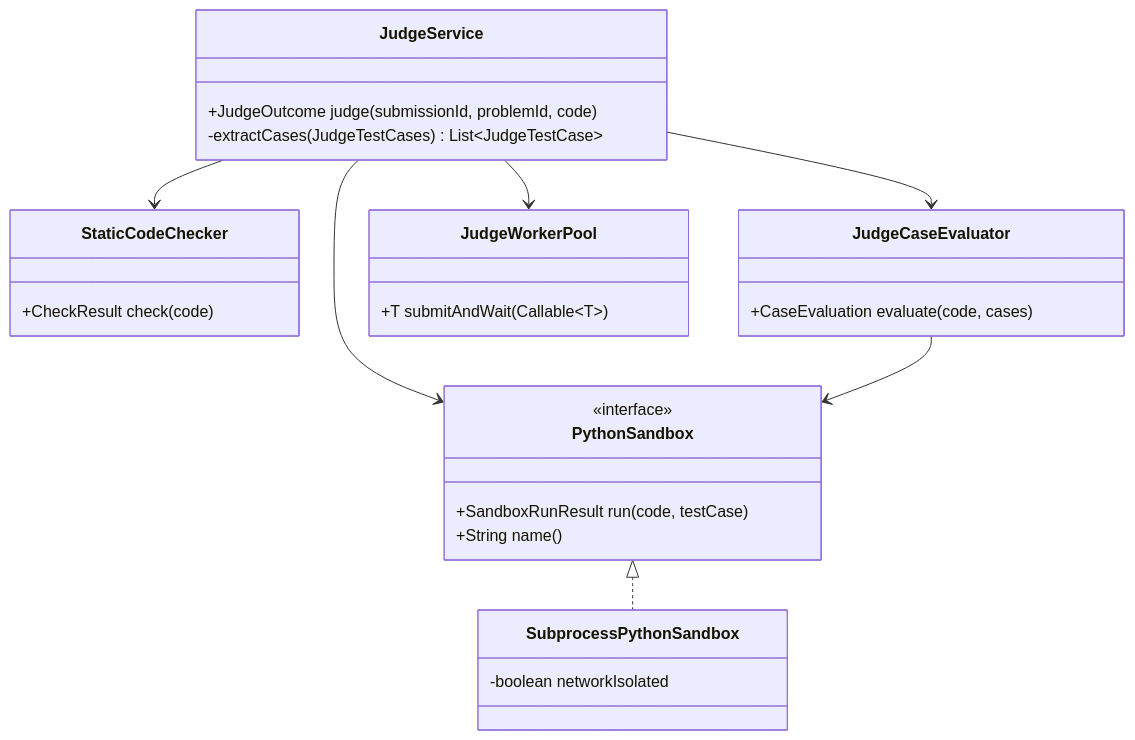
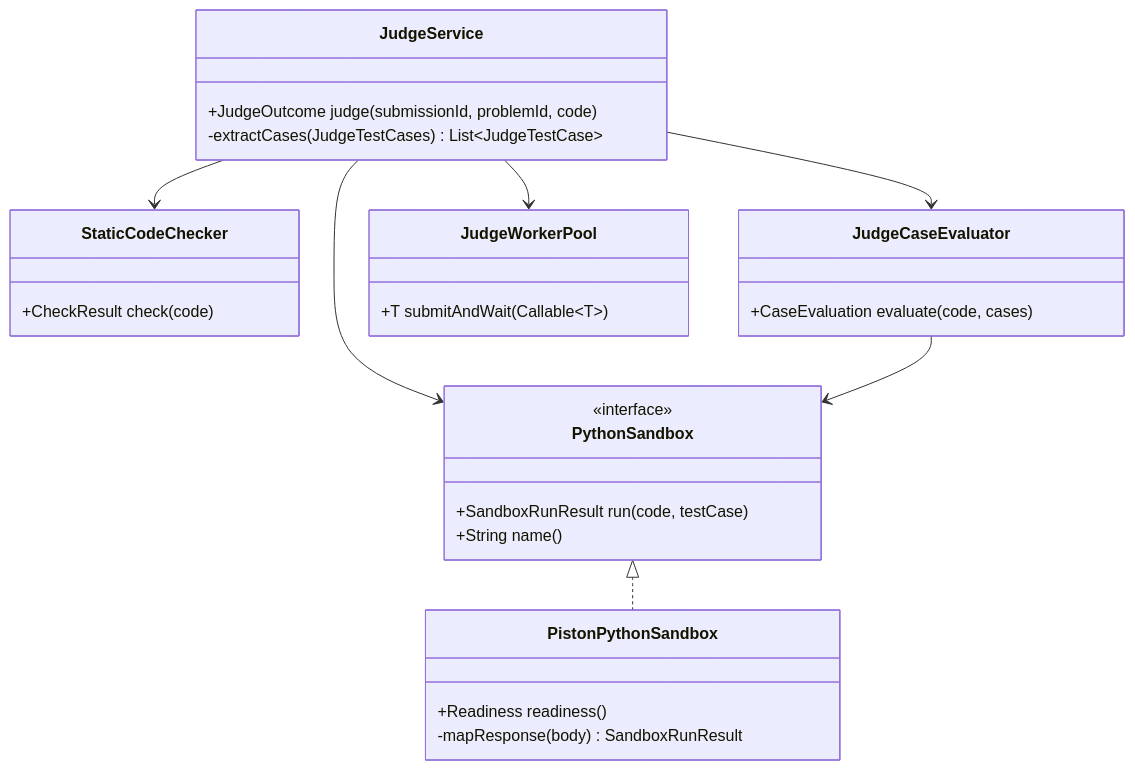
Before and after one commit to cypre5s/Pythontopia: the fifth of 5 diagrams in docs/course-report/08-M09-详细设计-训练判题.md, drawn with Mermaid. The commit also changed other lines of this file and 309 other files, not shown here.

Commit message:
Harden DeepSeek tutoring and expedition flows

````diff
--- a/docs/course-report/08-M09-详细设计-训练判题.md
+++ b/docs/course-report/08-M09-详细设计-训练判题.md
@@ -268,30 +268,31 @@
 ```mermaid
 classDiagram
   class JudgeService {
     +JudgeOutcome judge(submissionId, problemId, code)
     -extractCases(JudgeTestCases) List~JudgeTestCase~
   }
   class StaticCodeChecker {
     +CheckResult check(code)
   }
   class PythonSandbox {
     <<interface>>
     +SandboxRunResult run(code, testCase)
     +String name()
   }
-  class SubprocessPythonSandbox {
-    -boolean networkIsolated
+  class PistonPythonSandbox {
+    +Readiness readiness()
+    -mapResponse(body) SandboxRunResult
   }
   class JudgeCaseEvaluator {
     +CaseEvaluation evaluate(code, cases)
   }
   class JudgeWorkerPool {
     +T submitAndWait(Callable~T~)
   }
   JudgeService --> StaticCodeChecker
   JudgeService --> PythonSandbox
   JudgeService --> JudgeCaseEvaluator
   JudgeService --> JudgeWorkerPool
-  PythonSandbox <|.. SubprocessPythonSandbox
+  PythonSandbox <|.. PistonPythonSandbox
   JudgeCaseEvaluator --> PythonSandbox
 ```
````
